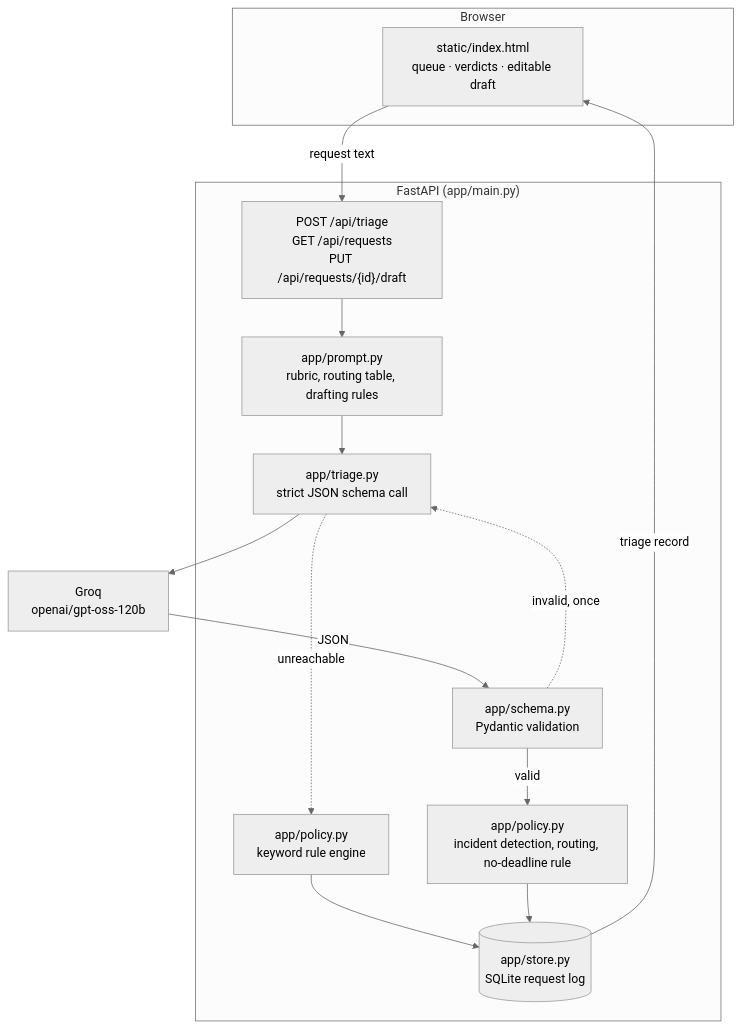
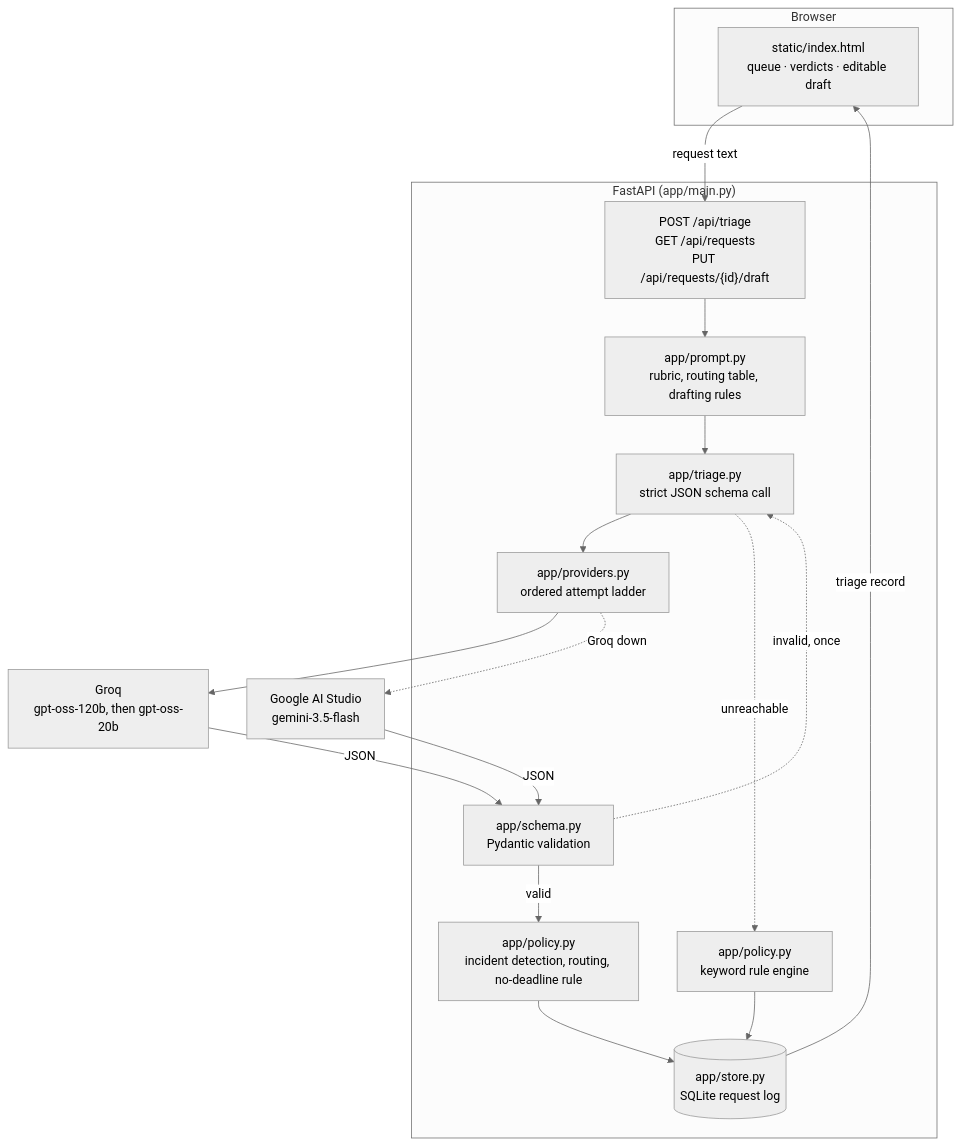
The diagram in README.md (udit-rawat/frontdesk-triage), drawn with Mermaid (neutral theme) before and after one commit. The commit also changed other lines of this file, not shown here.

````diff
--- a/README.md
+++ b/README.md
@@ -14,28 +17,33 @@
 ```mermaid
 flowchart TB
     subgraph browser["Browser"]
         UI["static/index.html<br/>queue · verdicts · editable draft"]
     end
 
     subgraph server["FastAPI (app/main.py)"]
         API["POST /api/triage<br/>GET /api/requests<br/>PUT /api/requests/{id}/draft"]
         PROMPT["app/prompt.py<br/>rubric, routing table, drafting rules"]
         CALL["app/triage.py<br/>strict JSON schema call"]
         VALID["app/schema.py<br/>Pydantic validation"]
         POLICY["app/policy.py<br/>incident detection, routing, no-deadline rule"]
         RULES["app/policy.py<br/>keyword rule engine"]
+        LAD["app/providers.py<br/>ordered attempt ladder"]
         DB[("app/store.py<br/>SQLite request log")]
     end
 
-    LLM["Groq<br/>openai/gpt-oss-120b"]
+    GROQ["Groq<br/>gpt-oss-120b, then gpt-oss-20b"]
+    GOOG["Google AI Studio<br/>gemini-3.5-flash"]
 
     UI -->|"request text"| API
-    API --> PROMPT --> CALL --> LLM
-    LLM -->|"JSON"| VALID
+    API --> PROMPT --> CALL --> LAD
+    LAD --> GROQ
+    LAD -.->|"Groq down"| GOOG
+    GROQ -->|"JSON"| VALID
+    GOOG -->|"JSON"| VALID
     VALID -->|"valid"| POLICY
     VALID -.->|"invalid, once"| CALL
     CALL -.->|"unreachable"| RULES
     RULES --> DB
     POLICY --> DB
     DB -->|"triage record"| UI
 ```
````
